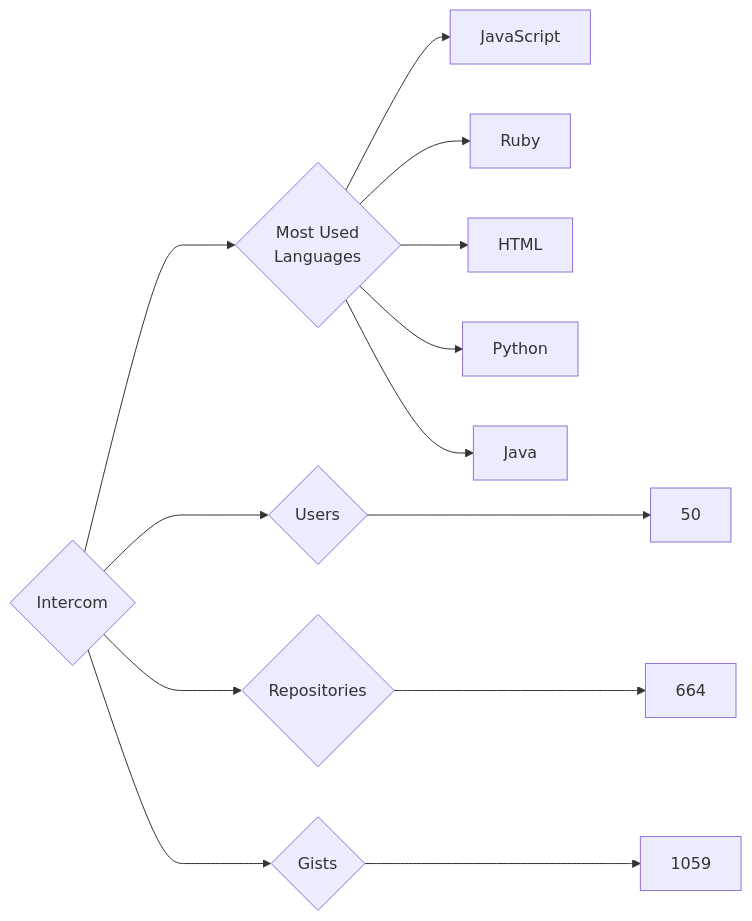
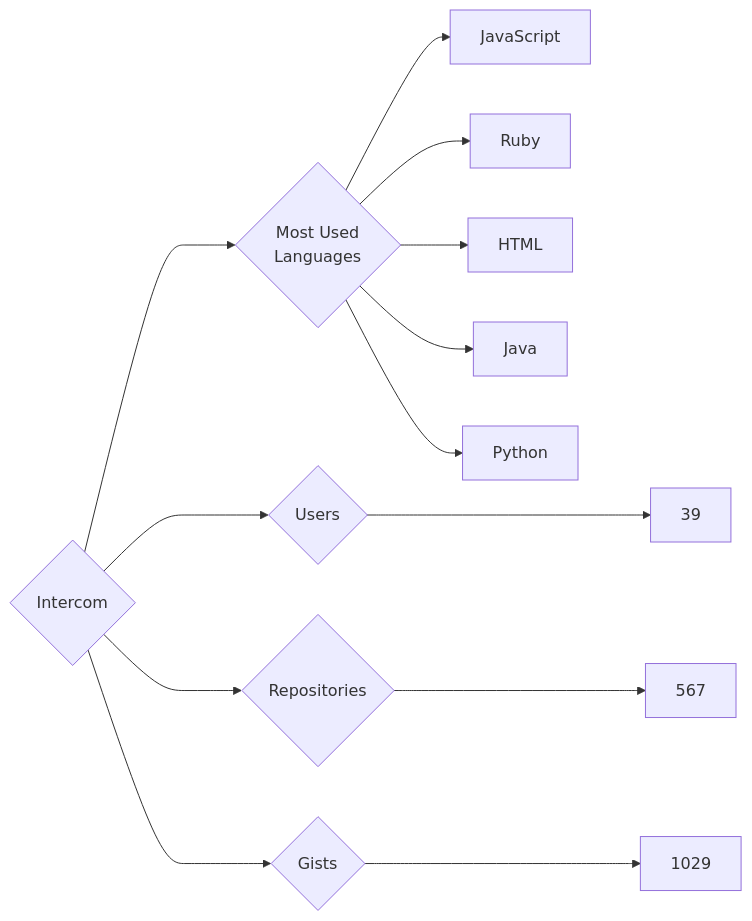
Before and after one commit to trickest/insiders: the diagram in targets/Intercom/README.md, drawn with Mermaid. The commit also changed 944 other files, not shown here.

````diff
--- a/targets/Intercom/README.md
+++ b/targets/Intercom/README.md
@@ -3,13 +3,13 @@
 ```mermaid
 graph LR
 COMPANY_NAME{Intercom}
-COMPANY_NAME ---> U{Users} ---> UN[50]
-COMPANY_NAME ---> R{Repositories} ---> RN[664]
-COMPANY_NAME ---> G{Gists} ---> GN[1059]
+COMPANY_NAME ---> U{Users} ---> UN[39]
+COMPANY_NAME ---> R{Repositories} ---> RN[567]
+COMPANY_NAME ---> G{Gists} ---> GN[1029]
 COMPANY_NAME ---> ML{Most Used<br>Languages}
 ML --> JavaScript[JavaScript]
 ML --> Ruby[Ruby]
 ML --> HTML[HTML]
+ML --> Java[Java]
 ML --> Python[Python]
-ML --> Java[Java]
 ```
````
